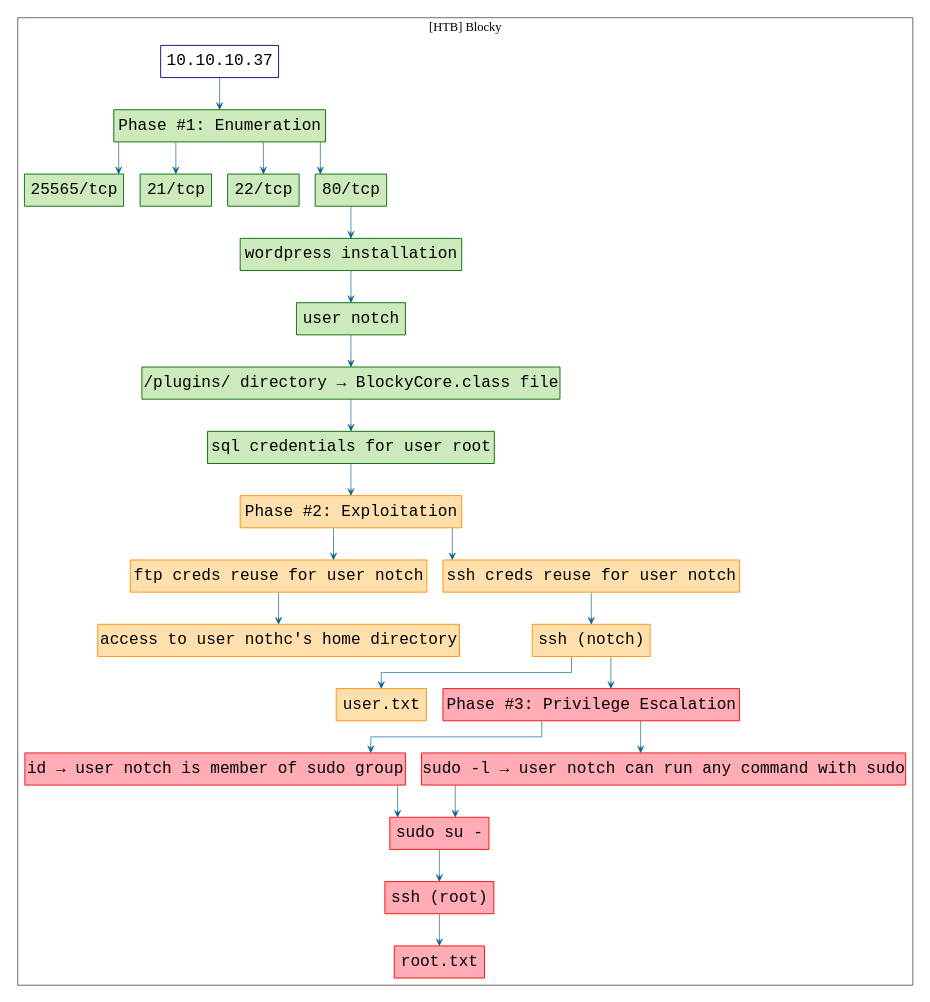
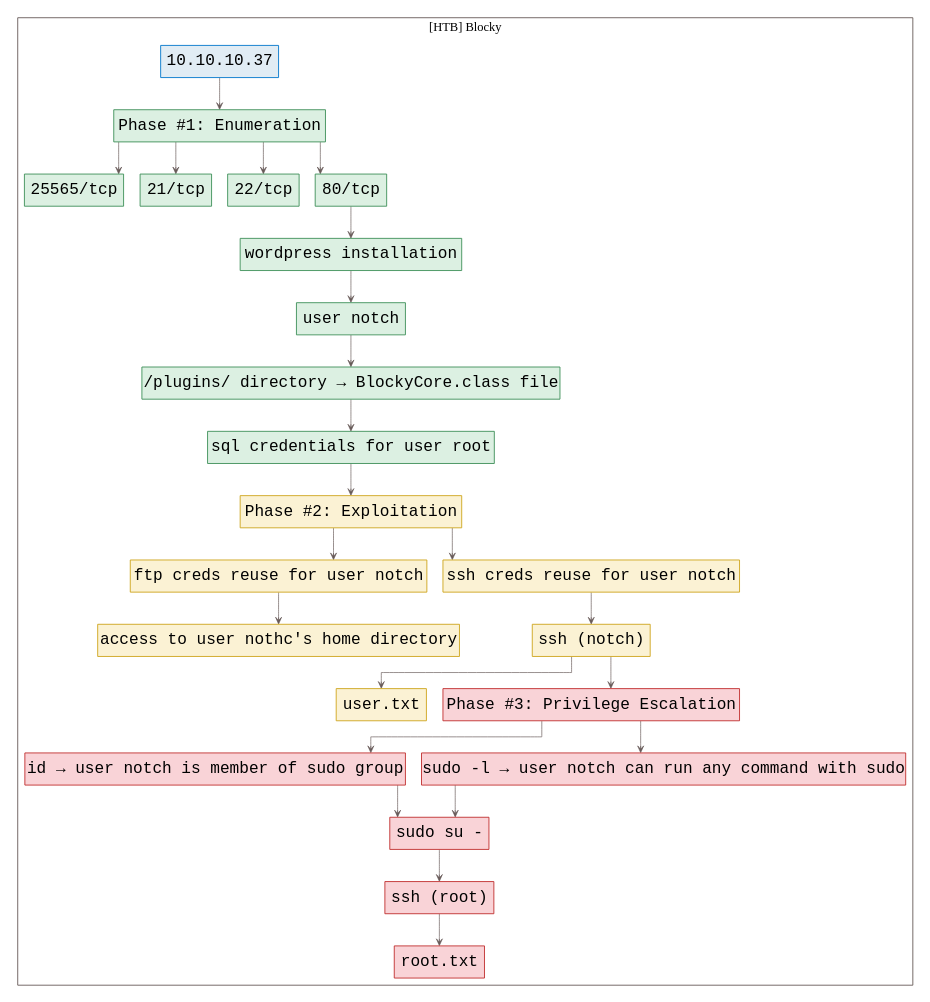
Before and after one commit to 7h3rAm/writeups: the diagram in htb.blocky/killchain.dot, drawn with Graphviz. The commit also changed 110 other files, not shown here.

```diff
--- a/htb.blocky/killchain.dot
+++ b/htb.blocky/killchain.dot
@@ -1,57 +1,57 @@
 digraph G {
   #rankdir=LR;
   nodesdictep=1.0; splines="ortho"; K=0.6; overlap=scale; fixedsize=true; resolution=72; bgcolor="#ffffff"; outputorder="edgesfirst";
   node [fontname="courier" fontsize=18 shape=box width=0.25 fillcolor="white" style="filled,solid"];
-  edge [style=solid color="#005f87" penwidth=0.75 arrowhead=vee arrowsize=0.75 ];
+  edge [style=solid color="#665957" penwidth=0.75 arrowhead=vee arrowsize=0.75 ];
 
-  0[label="10.10.10.37" color="navyblue" fillcolor="#ffffff" tooltip="[HTB] Blocky"];
-  10[label="ftp creds reuse for user notch" color="darkorange" fillcolor="#ffe0ac" tooltip="Phase #2:Exploitation"];
-  11[label="access to user nothc's home directory" color="darkorange" fillcolor="#ffe0ac" tooltip="Phase #2:Exploitation"];
-  12[label="ssh creds reuse for user notch" color="darkorange" fillcolor="#ffe0ac" tooltip="Phase #2:Exploitation"];
-  13[label="ssh (notch)" color="darkorange" fillcolor="#ffe0ac" tooltip="Phase #2:Exploitation"];
-  14[label="user.txt" color="darkorange" fillcolor="#ffe0ac" tooltip="Phase #2:Exploitation"];
-  15[label="Phase #3: Privilege Escalation" color="red" fillcolor="#ffacb7" tooltip="Phase #3:Privilege Escalation"];
-  16[label="id → user notch is member of sudo group" color="red" fillcolor="#ffacb7" tooltip="Phase #3:Privilege Escalation"];
-  17[label="sudo su -" color="red" fillcolor="#ffacb7" tooltip="Phase #3:Privilege Escalation"];
-  18[label="sudo -l → user notch can run any command with sudo" color="red" fillcolor="#ffacb7" tooltip="Phase #3:Privilege Escalation"];
-  19[label="ssh (root)" color="red" fillcolor="#ffacb7" tooltip="Phase #3:Privilege Escalation"];
-  1[label="Phase #1: Enumeration" color="darkgreen" fillcolor="#cceabb" tooltip="Phase #1:Enumeration"];
-  20[label="root.txt" color="red" fillcolor="#ffacb7" tooltip="Phase #3:Privilege Escalation"];
-  21[label="25565/tcp" color="darkgreen" fillcolor="#cceabb" tooltip="Phase #1:Enumeration"];
-  2[label="21/tcp" color="darkgreen" fillcolor="#cceabb" tooltip="Phase #1:Enumeration"];
-  3[label="22/tcp" color="darkgreen" fillcolor="#cceabb" tooltip="Phase #1:Enumeration"];
-  4[label="80/tcp" color="darkgreen" fillcolor="#cceabb" tooltip="Phase #1:Enumeration"];
-  5[label="wordpress installation" color="darkgreen" fillcolor="#cceabb" tooltip="Phase #1:Enumeration"];
-  6[label="user notch" color="darkgreen" fillcolor="#cceabb" tooltip="Phase #1:Enumeration"];
-  7[label="/plugins/ directory → BlockyCore.class file" color="darkgreen" fillcolor="#cceabb" tooltip="Phase #1:Enumeration"];
-  8[label="sql credentials for user root" color="darkgreen" fillcolor="#cceabb" tooltip="Phase #1:Enumeration"];
-  9[label="Phase #2: Exploitation" color="darkorange" fillcolor="#ffe0ac" tooltip="Phase #2:Exploitation"];
+  0[label="10.10.10.37" color="#0077cc" fillcolor="#e1ecf4" tooltip="[HTB] Blocky"];
+  10[label="ftp creds reuse for user notch" color="#cea51b" fillcolor="#fbf2d4" tooltip="Phase #2:Exploitation"];
+  11[label="access to user nothc's home directory" color="#cea51b" fillcolor="#fbf2d4" tooltip="Phase #2:Exploitation"];
+  12[label="ssh creds reuse for user notch" color="#cea51b" fillcolor="#fbf2d4" tooltip="Phase #2:Exploitation"];
+  13[label="ssh (notch)" color="#cea51b" fillcolor="#fbf2d4" tooltip="Phase #2:Exploitation"];
+  14[label="user.txt" color="#cea51b" fillcolor="#fbf2d4" tooltip="Phase #2:Exploitation"];
+  15[label="Phase #3: Privilege Escalation" color="#c02d2e" fillcolor="#f9d3d7" tooltip="Phase #3:Privilege Escalation"];
+  16[label="id → user notch is member of sudo group" color="#c02d2e" fillcolor="#f9d3d7" tooltip="Phase #3:Privilege Escalation"];
+  17[label="sudo su -" color="#c02d2e" fillcolor="#f9d3d7" tooltip="Phase #3:Privilege Escalation"];
+  18[label="sudo -l → user notch can run any command with sudo" color="#c02d2e" fillcolor="#f9d3d7" tooltip="Phase #3:Privilege Escalation"];
+  19[label="ssh (root)" color="#c02d2e" fillcolor="#f9d3d7" tooltip="Phase #3:Privilege Escalation"];
+  1[label="Phase #1: Enumeration" color="#3d8f58" fillcolor="#dcf0e2" tooltip="Phase #1:Enumeration"];
+  20[label="root.txt" color="#c02d2e" fillcolor="#f9d3d7" tooltip="Phase #3:Privilege Escalation"];
+  21[label="25565/tcp" color="#3d8f58" fillcolor="#dcf0e2" tooltip="Phase #1:Enumeration"];
+  2[label="21/tcp" color="#3d8f58" fillcolor="#dcf0e2" tooltip="Phase #1:Enumeration"];
+  3[label="22/tcp" color="#3d8f58" fillcolor="#dcf0e2" tooltip="Phase #1:Enumeration"];
+  4[label="80/tcp" color="#3d8f58" fillcolor="#dcf0e2" tooltip="Phase #1:Enumeration"];
+  5[label="wordpress installation" color="#3d8f58" fillcolor="#dcf0e2" tooltip="Phase #1:Enumeration"];
+  6[label="user notch" color="#3d8f58" fillcolor="#dcf0e2" tooltip="Phase #1:Enumeration"];
+  7[label="/plugins/ directory → BlockyCore.class file" color="#3d8f58" fillcolor="#dcf0e2" tooltip="Phase #1:Enumeration"];
+  8[label="sql credentials for user root" color="#3d8f58" fillcolor="#dcf0e2" tooltip="Phase #1:Enumeration"];
+  9[label="Phase #2: Exploitation" color="#cea51b" fillcolor="#fbf2d4" tooltip="Phase #2:Exploitation"];
 
   subgraph cluster_0 {
     node [style="filled,solid"];
     label = "[HTB] Blocky";
     color = "#665957";
-    0 -> 1 [color="#005f87"];
-    1 -> 2 [color="#005f87"];
-    1 -> 21 [color="#005f87"];
-    1 -> 3 [color="#005f87"];
-    1 -> 4 [color="#005f87"];
-    10 -> 11 [color="#005f87"];
-    12 -> 13 [color="#005f87"];
-    13 -> 14 [color="#005f87"];
-    13 -> 15 [color="#005f87"];
-    15 -> 16 [color="#005f87"];
-    15 -> 18 [color="#005f87"];
-    16 -> 17 [color="#005f87"];
-    17 -> 19 [color="#005f87"];
-    18 -> 17 [color="#005f87"];
-    19 -> 20 [color="#005f87"];
-    4 -> 5 [color="#005f87"];
-    5 -> 6 [color="#005f87"];
-    6 -> 7 [color="#005f87"];
-    7 -> 8 [color="#005f87"];
-    8 -> 9 [color="#005f87"];
-    9 -> 10 [color="#005f87"];
-    9 -> 12 [color="#005f87"];
+    0 -> 1 [color="#665957"];
+    1 -> 2 [color="#665957"];
+    1 -> 21 [color="#665957"];
+    1 -> 3 [color="#665957"];
+    1 -> 4 [color="#665957"];
+    10 -> 11 [color="#665957"];
+    12 -> 13 [color="#665957"];
+    13 -> 14 [color="#665957"];
+    13 -> 15 [color="#665957"];
+    15 -> 16 [color="#665957"];
+    15 -> 18 [color="#665957"];
+    16 -> 17 [color="#665957"];
+    17 -> 19 [color="#665957"];
+    18 -> 17 [color="#665957"];
+    19 -> 20 [color="#665957"];
+    4 -> 5 [color="#665957"];
+    5 -> 6 [color="#665957"];
+    6 -> 7 [color="#665957"];
+    7 -> 8 [color="#665957"];
+    8 -> 9 [color="#665957"];
+    9 -> 10 [color="#665957"];
+    9 -> 12 [color="#665957"];
   }
 }
```
